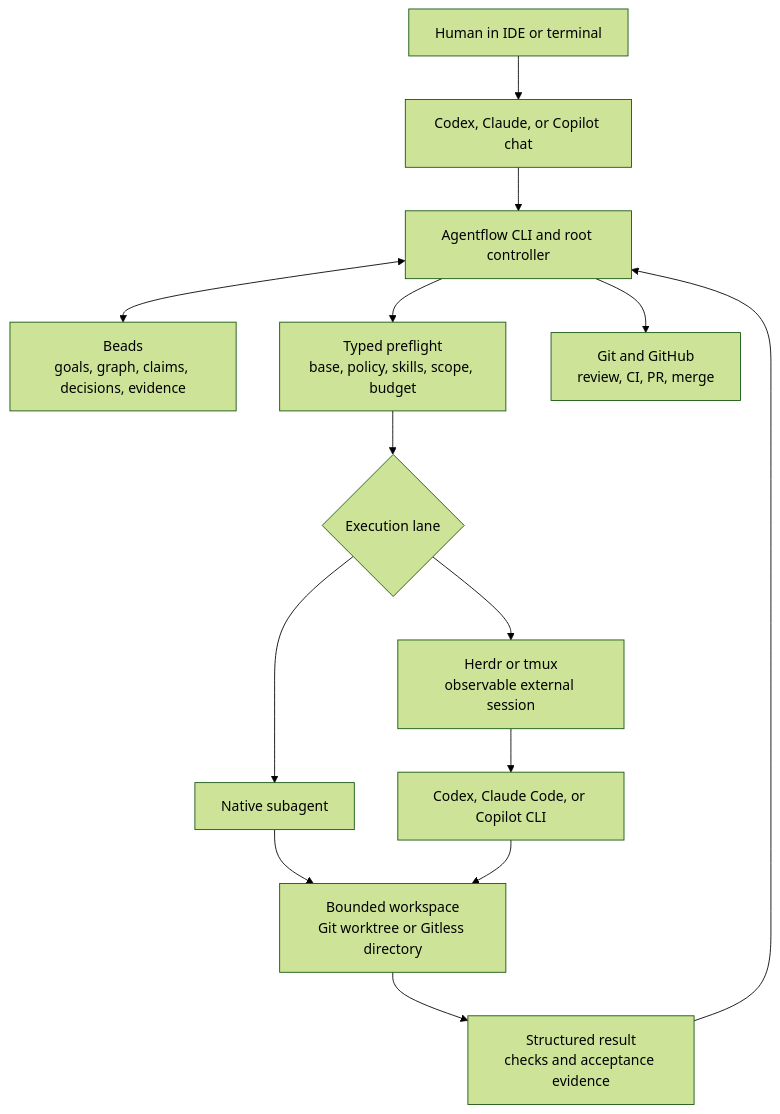
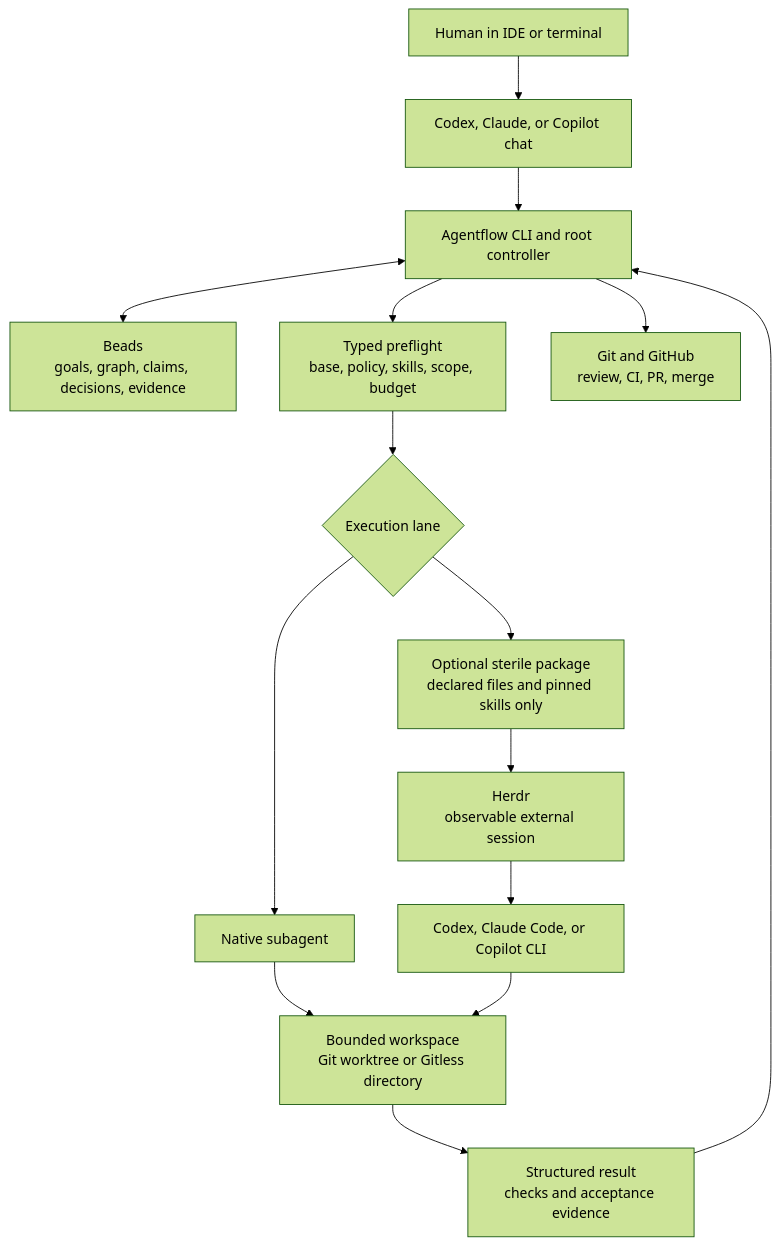
One commit to saintdle/agentflow changed the diagram in README.md. Above: the diagram before and after it, drawn with Mermaid (forest theme). The commit also changed other lines of this file and 15 other files, not shown here.

````diff
--- a/README.md
+++ b/README.md
@@ -62,20 +67,21 @@
 ```mermaid
 flowchart TB
     Human["Human in IDE or terminal"] --> Chat["Codex, Claude, or Copilot chat"]
     Chat --> AF["Agentflow CLI and root controller"]
 
     AF <--> Beads["Beads<br/>goals, graph, claims, decisions, evidence"]
     AF --> Preflight["Typed preflight<br/>base, policy, skills, scope, budget"]
     Preflight --> Lane{"Execution lane"}
 
     Lane --> Native["Native subagent"]
-    Lane --> Herdr["Herdr or tmux<br/>observable external session"]
+    Lane --> Package["Optional sterile package<br/>declared files and pinned skills only"]
+    Package --> Herdr["Herdr<br/>observable external session"]
     Herdr --> Providers["Codex, Claude Code, or Copilot CLI"]
 
     Native --> Work["Bounded workspace<br/>Git worktree or Gitless directory"]
     Providers --> Work
     Work --> Result["Structured result<br/>checks and acceptance evidence"]
     Result --> AF
 
     AF --> Git["Git and GitHub<br/>review, CI, PR, merge"]
 ```
````
